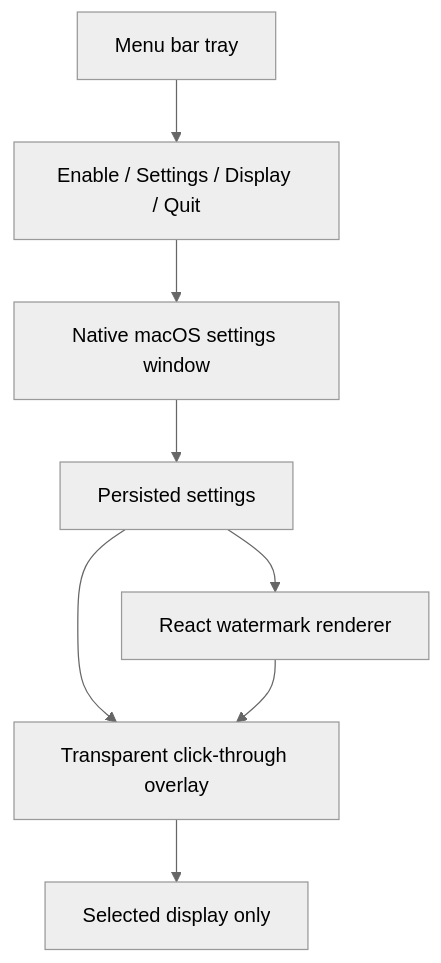
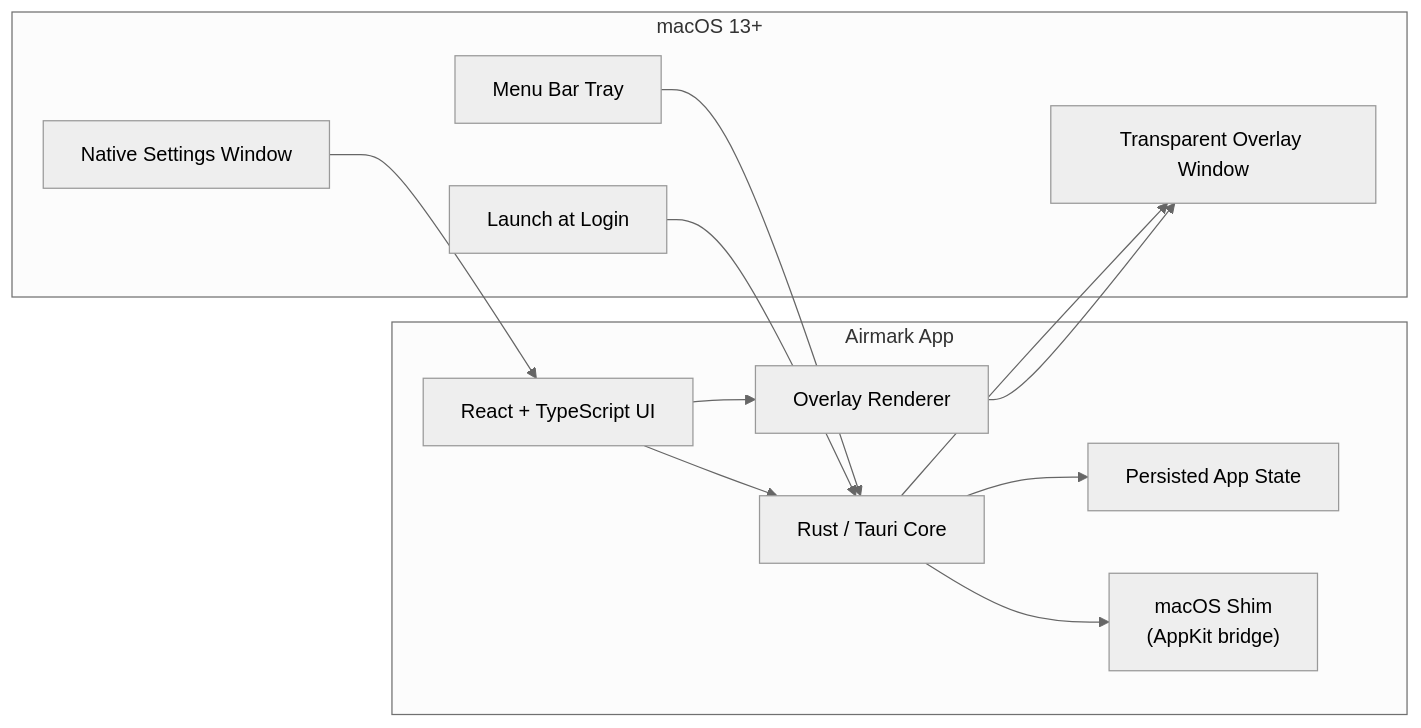
One commit to anujraja404/Airmark changed the diagram in README.md. Above: the diagram before and after it, drawn with Mermaid (neutral theme). The commit also changed other lines of this file and 7 other files, not shown here.

````diff
--- a/README.md
+++ b/README.md
@@ -13,10 +21,27 @@
 ```mermaid
-flowchart TB
-  Tray["Menu bar tray"] --> Menu["Enable / Settings / Display / Quit"]
-  Menu --> Settings["Native macOS settings window"]
-  Settings --> State["Persisted settings"]
-  State --> Overlay["Transparent click-through overlay"]
-  State --> Renderer["React watermark renderer"]
-  Renderer --> Overlay
-  Overlay --> Display["Selected display only"]
+flowchart LR
+  subgraph macOS["macOS 13+"]
+    Tray["Menu Bar Tray"]
+    SettingsWindow["Native Settings Window"]
+    OverlayWindow["Transparent Overlay Window"]
+    LoginItem["Launch at Login"]
+  end
+
+  subgraph App["Airmark App"]
+    Rust["Rust / Tauri Core"]
+    State["Persisted App State"]
+    MacOSShim["macOS Shim\n(AppKit bridge)"]
+    Frontend["React + TypeScript UI"]
+    Renderer["Overlay Renderer"]
+  end
+
+  Tray --> Rust
+  SettingsWindow --> Frontend
+  Frontend --> Rust
+  Rust --> State
+  Rust --> MacOSShim
+  Rust --> OverlayWindow
+  Frontend --> Renderer
+  Renderer --> OverlayWindow
+  LoginItem --> Rust
 ```
````
